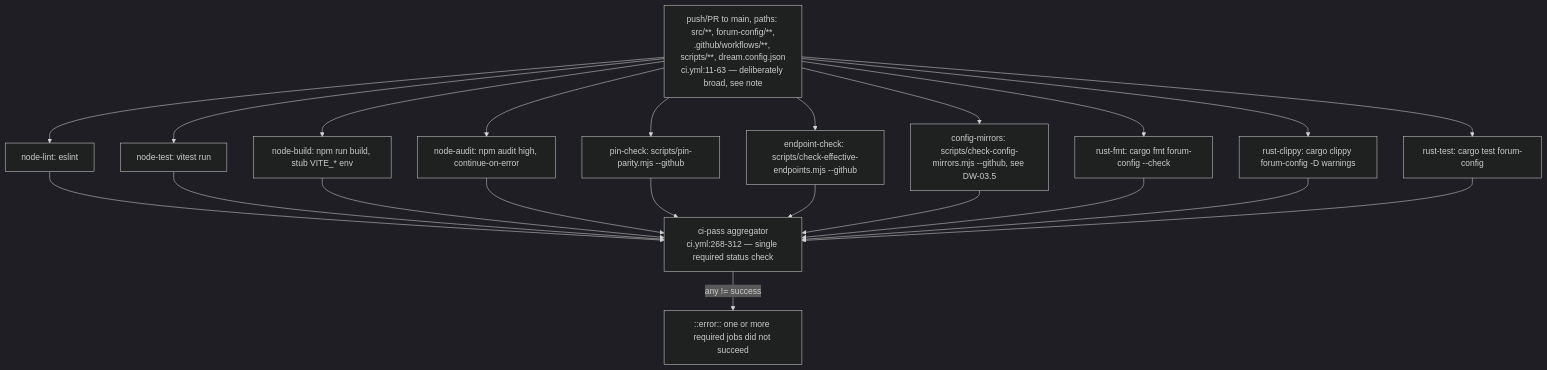
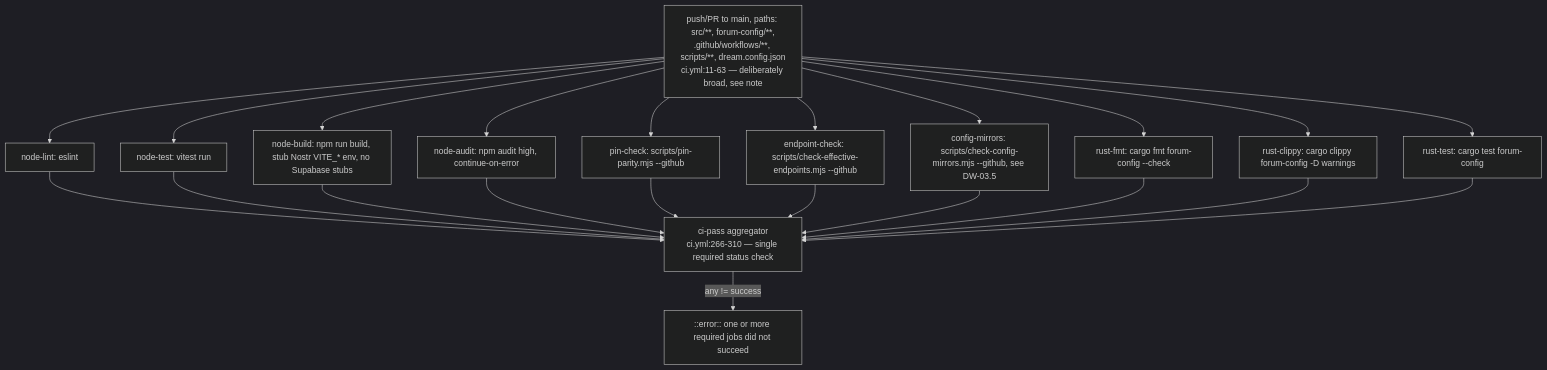
One commit to DreamLab-AI/VisionFlow changed the first of 5 diagrams in docs/diagrams/dreamlab-ai-website/05-ci-gates-rust-ci-kit-pin-playwright.md. Above: the diagram before and after it, drawn with Mermaid (dark theme). The commit also changed other lines of this file and 80 other files, not shown here.

First line of the commit message:
docs(diagrams): re-verify the agentbox, dreamlab, estate and visionflow corpus against current sources

````diff
--- a/docs/diagrams/dreamlab-ai-website/05-ci-gates-rust-ci-kit-pin-playwright.md
+++ b/docs/diagrams/dreamlab-ai-website/05-ci-gates-rust-ci-kit-pin-playwright.md
@@ -30,15 +30,15 @@
 ```mermaid
 flowchart TB
     TRIG["push/PR to main, paths: src/**, forum-config/**,<br/>.github/workflows/**, scripts/**, dream.config.json<br/>ci.yml:11-63 — deliberately broad, see note"] --> NL["node-lint: eslint"]
     TRIG --> NT["node-test: vitest run"]
-    TRIG --> NB["node-build: npm run build, stub VITE_* env"]
+    TRIG --> NB["node-build: npm run build, stub Nostr VITE_* env, no Supabase stubs"]
     TRIG --> NA["node-audit: npm audit high, continue-on-error"]
     TRIG --> PC["pin-check: scripts/pin-parity.mjs --github"]
     TRIG --> EC["endpoint-check: scripts/check-effective-endpoints.mjs --github"]
     TRIG --> CM["config-mirrors: scripts/check-config-mirrors.mjs --github, see DW-03.5"]
     TRIG --> RF["rust-fmt: cargo fmt forum-config --check"]
     TRIG --> RC["rust-clippy: cargo clippy forum-config -D warnings"]
     TRIG --> RT["rust-test: cargo test forum-config"]
-    NL & NT & NB & NA & PC & EC & CM & RF & RC & RT --> PASS["ci-pass aggregator<br/>ci.yml:268-312 — single required status check"]
+    NL & NT & NB & NA & PC & EC & CM & RF & RC & RT --> PASS["ci-pass aggregator<br/>ci.yml:266-310 — single required status check"]
     PASS -->|any != success| BLOCK["::error:: one or more required jobs did not succeed"]
 ```
````
